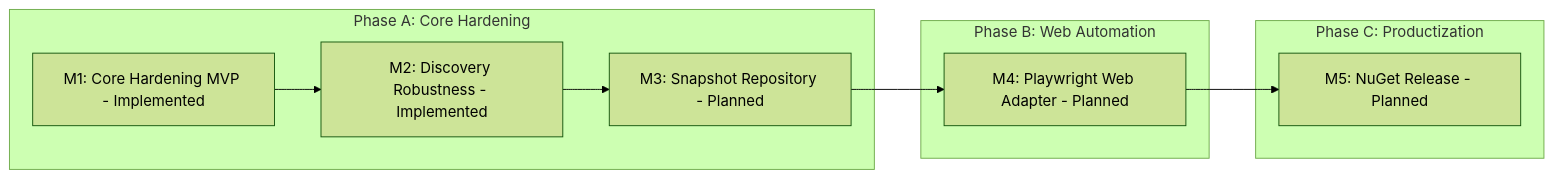
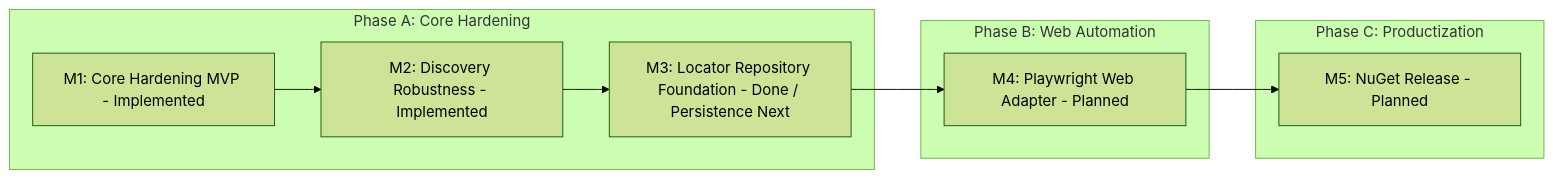
Before and after one commit to mustafasercansak/automation-sandbox: the third of 3 diagrams in README.md, drawn with Mermaid (forest theme). The commit also changed other lines of this file and 8 other files, not shown here.

Commit message:
feat: implement Locator Repository foundation with JSON serialization and validation; enhance self-healing logic with new tests

````diff
--- a/README.md
+++ b/README.md
@@ -311,16 +339,16 @@
 ```mermaid
 graph LR
     subgraph PhaseA [Phase A: Core Hardening]
         M1[M1: Core Hardening MVP - Implemented]
         M2[M2: Discovery Robustness - Implemented]
-        M3[M3: Snapshot Repository - Planned]
+        M3[M3: Locator Repository Foundation - Done / Persistence Next]
         M1 --> M2 --> M3
     end
     subgraph PhaseB [Phase B: Web Automation]
         M4[M4: Playwright Web Adapter - Planned]
     end
     subgraph PhaseC [Phase C: Productization]
         M5[M5: NuGet Release - Planned]
     end
     M3 --> M4 --> M5
 ```
````
